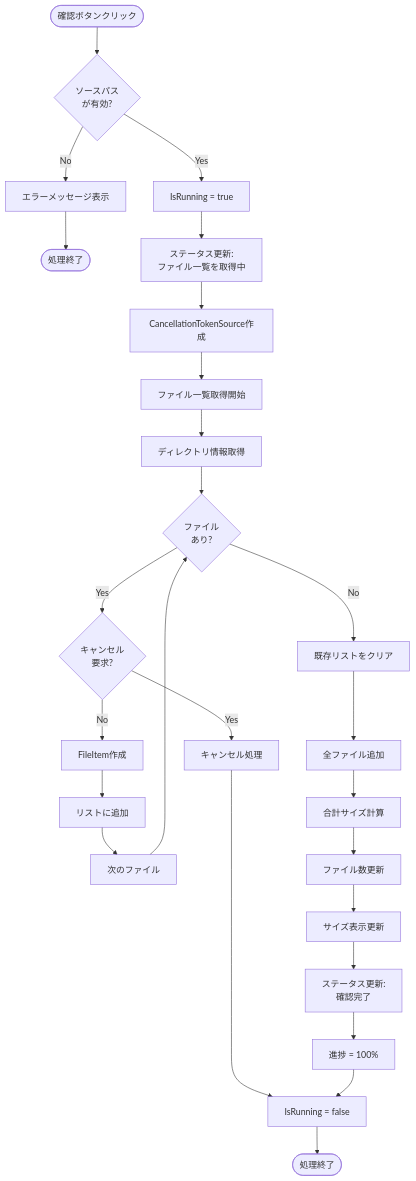
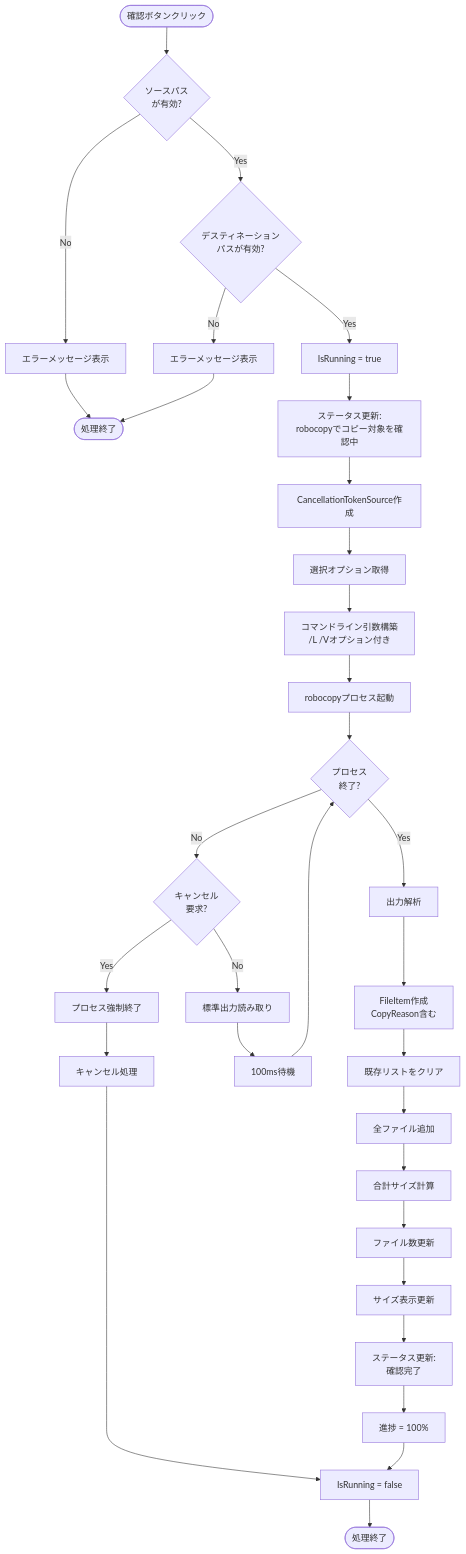
The second of 5 diagrams in docs/activity-diagram.md (hn770123/GUI-robocopy), drawn with Mermaid before and after one commit. The commit also changed other lines of this file and 4 other files, not shown here.

````diff
--- a/docs/activity-diagram.md
+++ b/docs/activity-diagram.md
@@ -41,34 +42,41 @@
 ```mermaid
 flowchart TD
     Start([確認ボタンクリック]) --> CheckSource{ソースパス<br/>が有効?}
     
     CheckSource -->|No| Error1[エラーメッセージ表示]
     Error1 --> End1([処理終了])
     
-    CheckSource -->|Yes| SetRunning[IsRunning = true]
-    SetRunning --> UpdateStatus1[ステータス更新:<br/>ファイル一覧を取得中]
+    CheckSource -->|Yes| CheckDest{デスティネーション<br/>パスが有効?}
+    CheckDest -->|No| Error2[エラーメッセージ表示]
+    Error2 --> End1
+    
+    CheckDest -->|Yes| SetRunning[IsRunning = true]
+    SetRunning --> UpdateStatus1[ステータス更新:<br/>robocopyでコピー対象を確認中]
     UpdateStatus1 --> CreateToken[CancellationTokenSource作成]
-    CreateToken --> GetFiles[ファイル一覧取得開始]
+    CreateToken --> GetOptions[選択オプション取得]
+    GetOptions --> BuildArgs[コマンドライン引数構築<br/>/L /Vオプション付き]
+    BuildArgs --> StartRobocopy[robocopyプロセス起動]
     
-    GetFiles --> GetDir[ディレクトリ情報取得]
-    GetDir --> LoopFiles{ファイル<br/>あり?}
+    StartRobocopy --> WaitLoop{プロセス<br/>終了?}
     
-    LoopFiles -->|Yes| CheckCancel{キャンセル<br/>要求?}
-    CheckCancel -->|Yes| Cancelled[キャンセル処理]
+    WaitLoop -->|No| CheckCancel{キャンセル<br/>要求?}
+    CheckCancel -->|Yes| KillProcess[プロセス強制終了]
+    KillProcess --> Cancelled[キャンセル処理]
     Cancelled --> SetRunning2
     
-    CheckCancel -->|No| CreateFileItem[FileItem作成]
-    CreateFileItem --> AddToList[リストに追加]
-    AddToList --> NextFile[次のファイル]
-    NextFile --> LoopFiles
+    CheckCancel -->|No| ReadOutput[標準出力読み取り]
+    ReadOutput --> WaitDelay[100ms待機]
+    WaitDelay --> WaitLoop
     
-    LoopFiles -->|No| ClearList[既存リストをクリア]
+    WaitLoop -->|Yes| ParseOutput[出力解析]
+    ParseOutput --> CreateFileItems[FileItem作成<br/>CopyReason含む]
+    CreateFileItems --> ClearList[既存リストをクリア]
     ClearList --> AddAll[全ファイル追加]
     AddAll --> CalcTotal[合計サイズ計算]
     CalcTotal --> UpdateCount[ファイル数更新]
     UpdateCount --> UpdateSize[サイズ表示更新]
     UpdateSize --> UpdateStatus2[ステータス更新:<br/>確認完了]
     UpdateStatus2 --> SetProgress[進捗 = 100%]
     SetProgress --> SetRunning2[IsRunning = false]
     SetRunning2 --> End2([処理終了])
 ```
````
